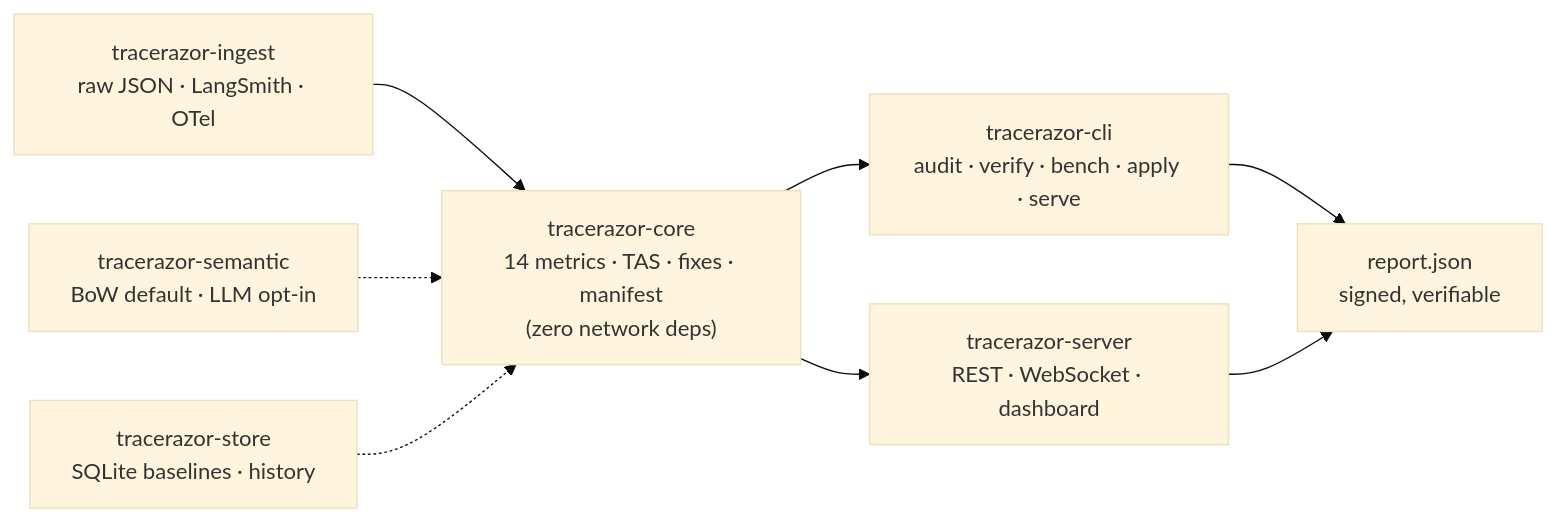
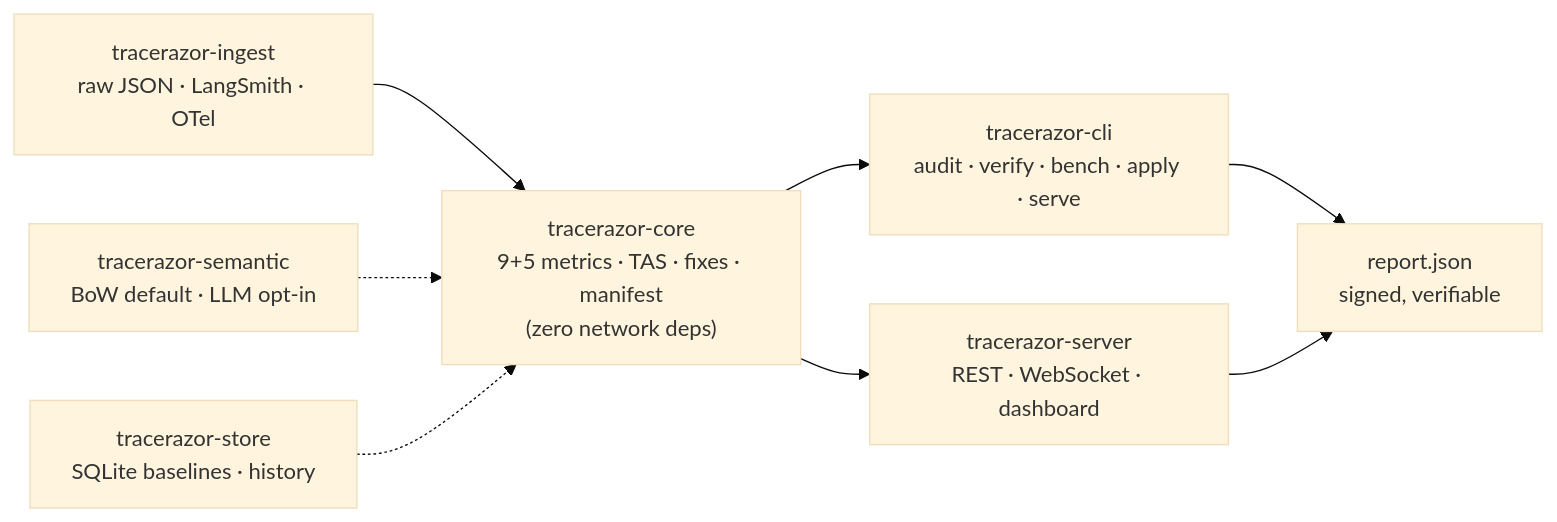
Before and after one commit to ZulfaqarHafez/TraceRazor: the seventh of 7 diagrams in README.md, drawn with Mermaid (base theme). The commit also changed other lines of this file and 24 other files, not shown here.

````diff
--- a/README.md
+++ b/README.md
@@ -1012,10 +1020,10 @@
 ```mermaid
 flowchart LR
-    IN["tracerazor-ingest<br/>raw JSON · LangSmith · OTel"] --> CORE["tracerazor-core<br/>14 metrics · TAS · fixes · manifest<br/>(zero network deps)"]
+    IN["tracerazor-ingest<br/>raw JSON · LangSmith · OTel"] --> CORE["tracerazor-core<br/>9+5 metrics · TAS · fixes · manifest<br/>(zero network deps)"]
     SEM["tracerazor-semantic<br/>BoW default · LLM opt-in"] -.-> CORE
     STORE["tracerazor-store<br/>SQLite baselines · history"] -.-> CORE
     CORE --> CLI["tracerazor-cli<br/>audit · verify · bench · apply · serve"]
     CORE --> SRV["tracerazor-server<br/>REST · WebSocket · dashboard"]
     CLI --> OUT["report.json<br/>signed, verifiable"]
     SRV --> OUT
 ```
````
